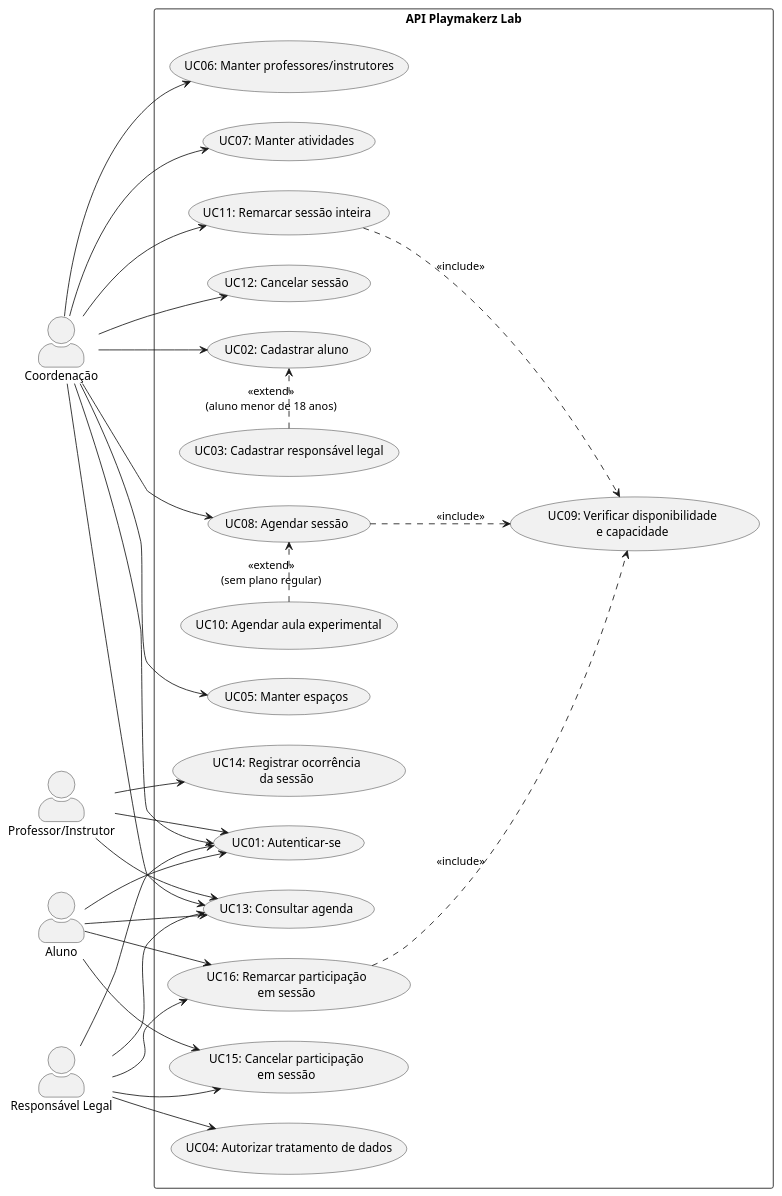
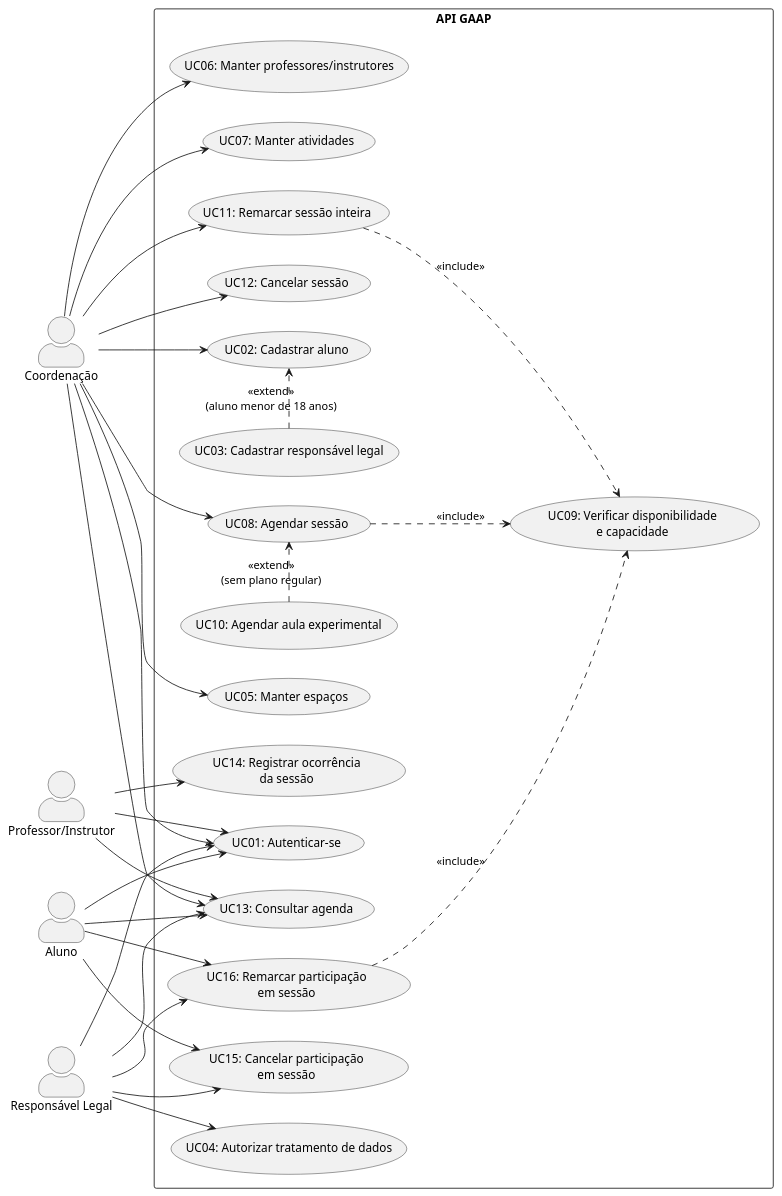
One commit to Projetos-de-Extensao/PECDII_26.2_8001_I changed the diagram in docs/Elaboracao/casos_de_uso.md. Above: the diagram before and after it, drawn with PlantUML. The commit also changed other lines of this file and 13 other files, not shown here.

````diff
--- a/docs/Elaboracao/casos_de_uso.md
+++ b/docs/Elaboracao/casos_de_uso.md
@@ -50,63 +50,63 @@
 ```plantuml
 @startuml pkz_lab_casos_de_uso
 left to right direction
 skinparam actorStyle awesome
 skinparam packageStyle rectangle
 
 actor "Coordenação" as Coord
 actor "Professor/Instrutor" as Prof
 actor "Aluno" as Aluno
 actor "Responsável Legal" as Resp
 
-rectangle "API Playmakerz Lab" {
+rectangle "API GAAP" {
   usecase "UC01: Autenticar-se" as UC01
   usecase "UC02: Cadastrar aluno" as UC02
   usecase "UC03: Cadastrar responsável legal" as UC03
   usecase "UC04: Autorizar tratamento de dados" as UC04
   usecase "UC05: Manter espaços" as UC05
   usecase "UC06: Manter professores/instrutores" as UC06
   usecase "UC07: Manter atividades" as UC07
   usecase "UC08: Agendar sessão" as UC08
   usecase "UC09: Verificar disponibilidade\ne capacidade" as UC09
   usecase "UC10: Agendar aula experimental" as UC10
   usecase "UC11: Remarcar sessão inteira" as UC11
   usecase "UC12: Cancelar sessão" as UC12
   usecase "UC13: Consultar agenda" as UC13
   usecase "UC14: Registrar ocorrência\nda sessão" as UC14
   usecase "UC15: Cancelar participação\nem sessão" as UC15
   usecase "UC16: Remarcar participação\nem sessão" as UC16
 }
 
 Coord --> UC01
 Coord --> UC02
 Coord --> UC05
 Coord --> UC06
 Coord --> UC07
 Coord --> UC08
 Coord --> UC11
 Coord --> UC12
 Coord --> UC13
 
 Prof --> UC01
 Prof --> UC13
 Prof --> UC14
 
 Aluno --> UC01
 Aluno --> UC16
 Aluno --> UC15
 Aluno --> UC13
 
 Resp --> UC01
 Resp --> UC04
 Resp --> UC16
 Resp --> UC15
 Resp --> UC13
 
 UC03 .> UC02 : <<extend>>\n(aluno menor de 18 anos)
 UC08 ..> UC09 : <<include>>
 UC11 ..> UC09 : <<include>>
 UC16 ..> UC09 : <<include>>
 UC10 .> UC08 : <<extend>>\n(sem plano regular)
 
 @enduml
 ```
````
